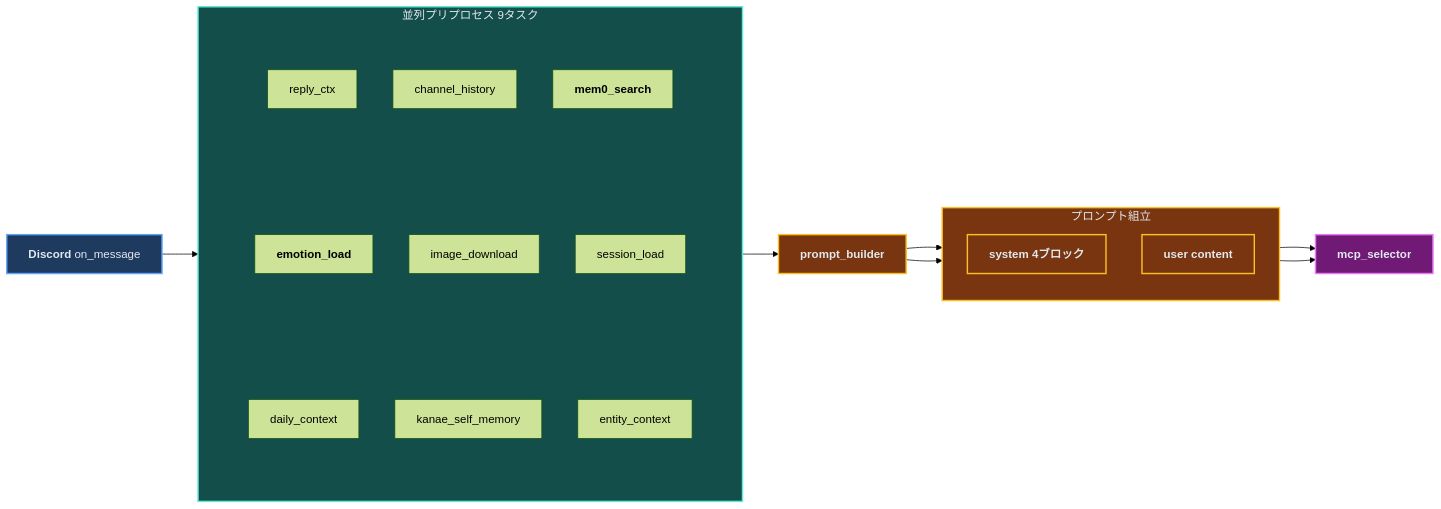
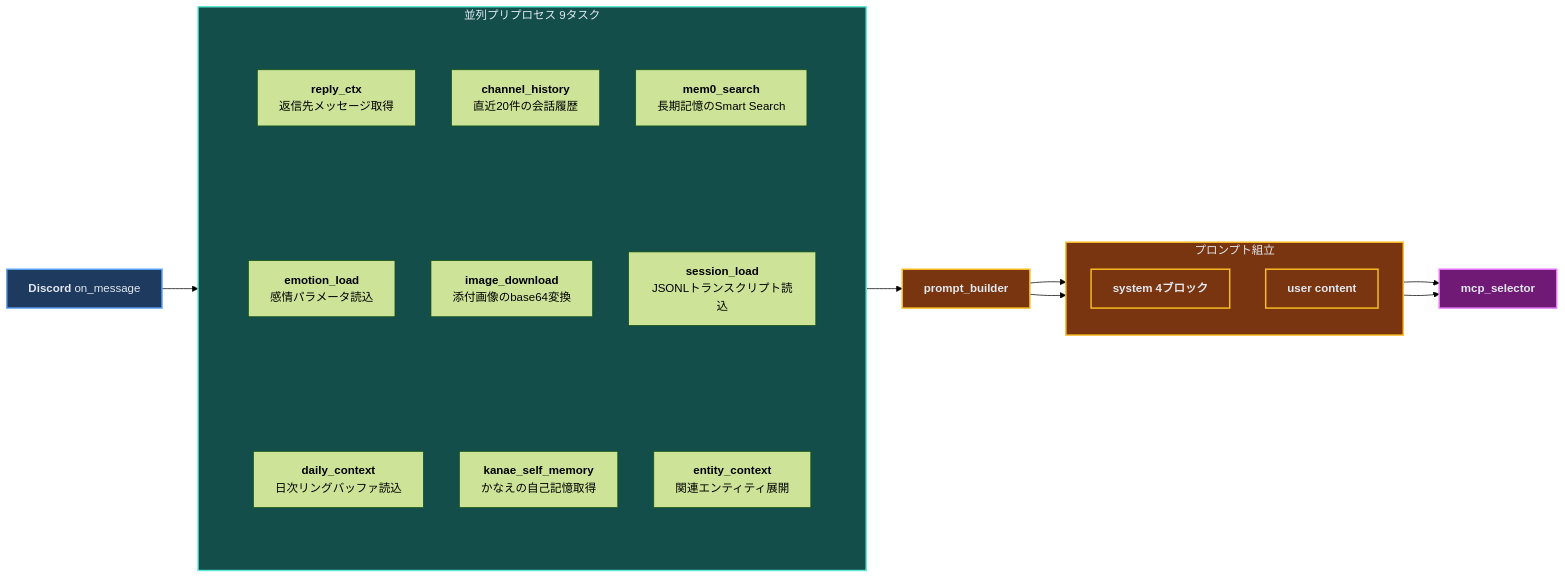
One commit to haroin57/haroin57.com changed the second of 6 diagrams in content/products/discord-bot.md. Above: the diagram before and after it, drawn with Mermaid (forest theme).

Commit message:
fix: Layer 2の9並列タスクに日本語説明を追加
各ノードに役割を示す日本語サブタイトルを付与。

````diff
--- a/content/products/discord-bot.md
+++ b/content/products/discord-bot.md
@@ -578,53 +578,62 @@
 ```mermaid
 flowchart LR
     MSG["`**Discord** on_message`"]:::input
 
     subgraph Parallel["並列プリプロセス 9タスク"]
         direction TB
         subgraph Col1[" "]
             direction TB
-            T1["`reply_ctx`"]
-            T2["`channel_history`"]
-            T3["`**mem0_search**`"]
+            T1["`**reply_ctx**
+            返信先メッセージ取得`"]
+            T2["`**channel_history**
+            直近20件の会話履歴`"]
+            T3["`**mem0_search**
+            長期記憶のSmart Search`"]
         end
         subgraph Col2[" "]
             direction TB
-            T4["`**emotion_load**`"]
-            T5["`image_download`"]
-            T6["`session_load`"]
+            T4["`**emotion_load**
+            感情パラメータ読込`"]
+            T5["`**image_download**
+            添付画像のbase64変換`"]
+            T6["`**session_load**
+            JSONLトランスクリプト読込`"]
         end
         subgraph Col3[" "]
             direction TB
-            T7["`daily_context`"]
-            T8["`kanae_self_memory`"]
-            T9["`entity_context`"]
+            T7["`**daily_context**
+            日次リングバッファ読込`"]
+            T8["`**kanae_self_memory**
+            かなえの自己記憶取得`"]
+            T9["`**entity_context**
+            関連エンティティ展開`"]
         end
         Col1 ~~~ Col2 ~~~ Col3
     end
 
     PB["`**prompt_builder**`"]:::build
 
     subgraph Build["プロンプト組立"]
         direction TB
         SYS["`**system 4ブロック**`"]:::build
         USER["`**user content**`"]:::build
     end
 
     MCPS["`**mcp_selector**`"]:::select
 
     MSG --> Parallel
     Parallel --> PB
     PB --> SYS
     PB --> USER
     SYS --> MCPS
     USER --> MCPS
 
     classDef input fill:#1e3a5f,stroke:#60a5fa,stroke-width:2px,color:#e2e8f0
     classDef build fill:#78350f,stroke:#fbbf24,stroke-width:2px,color:#e2e8f0
     classDef select fill:#701a75,stroke:#e879f9,stroke-width:2px,color:#e2e8f0
     style Parallel fill:#134e4a,stroke:#5eead4,stroke-width:2px,color:#e2e8f0
     style Build fill:#78350f,stroke:#fbbf24,stroke-width:2px,color:#e2e8f0
     style Col1 fill:none,stroke:none
     style Col2 fill:none,stroke:none
     style Col3 fill:none,stroke:none
 ```
````
